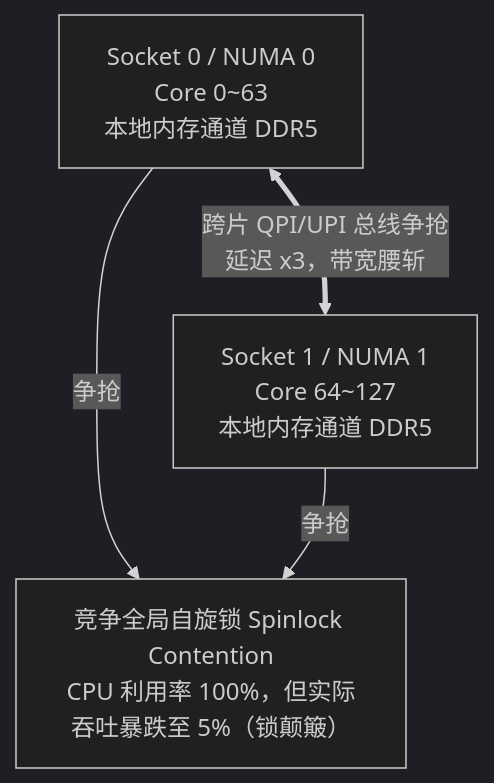
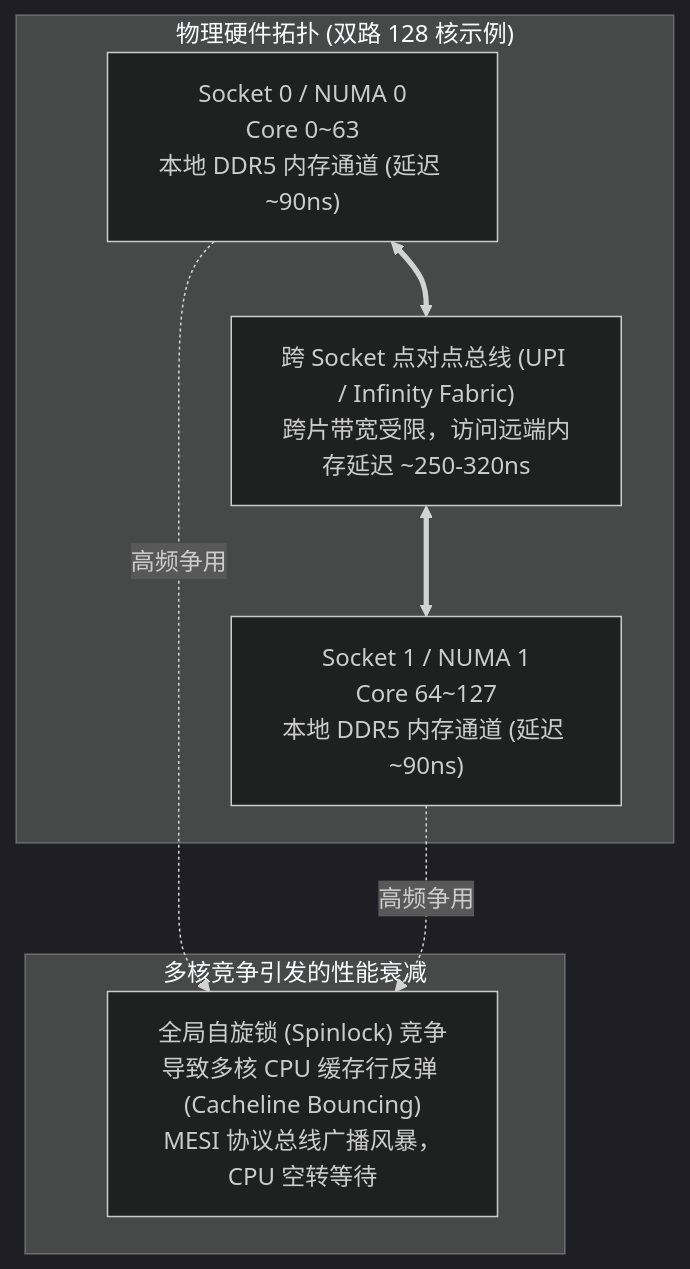
The first of 5 diagrams in part-01-foundation/01-libcfs.md (lilinji/lustre-book), drawn with Mermaid (dark theme) before and after one commit. The commit also changed other lines of this file and 227 other files, not shown here.

First line of the commit message:
feat: complete 29-chapter rewrite with 75 diagrams and new GPT-style white book cover

````diff
--- a/part-01-foundation/01-libcfs.md
+++ b/part-01-foundation/01-libcfs.md
@@ -18,11 +20,15 @@
 ```mermaid
-%% 传统单机/朴素架构面临的灾难
 flowchart TD
-    S0["Socket 0 / NUMA 0<br/>Core 0~63<br/>本地内存通道 DDR5"]
-    S1["Socket 1 / NUMA 1<br/>Core 64~127<br/>本地内存通道 DDR5"]
-    LOCK["竞争全局自旋锁 Spinlock Contention<br/>CPU 利用率 100%，但实际吞吐暴跌至 5%（锁颠簸）"]
+    subgraph NUMA_Hardware ["物理硬件拓扑 (双路 128 核示例)"]
+        S0["Socket 0 / NUMA 0<br/>Core 0~63<br/>本地 DDR5 内存通道 (延迟 ~90ns)"]
+        S1["Socket 1 / NUMA 1<br/>Core 64~127<br/>本地 DDR5 内存通道 (延迟 ~90ns)"]
+        BUS["跨 Socket 点对点总线 (UPI / Infinity Fabric)<br/>跨片带宽受限，访问远端内存延迟 ~250-320ns"]
+        S0 <==> BUS <==> S1
+    end
 
-    S0 <==>|"跨片 QPI/UPI 总线争抢<br/>延迟 x3，带宽腰斩"| S1
-    S0 -->|争抢| LOCK
-    S1 -->|争抢| LOCK
+    subgraph Problem_Contention ["多核竞争引发的性能衰减"]
+        LOCK["全局自旋锁 (Spinlock) 竞争<br/>导致多核 CPU 缓存行反弹 (Cacheline Bouncing)<br/>MESI 协议总线广播风暴，CPU 空转等待"]
+        S0 -.->|高频争用| LOCK
+        S1 -.->|高频争用| LOCK
+    end
 ```
````
